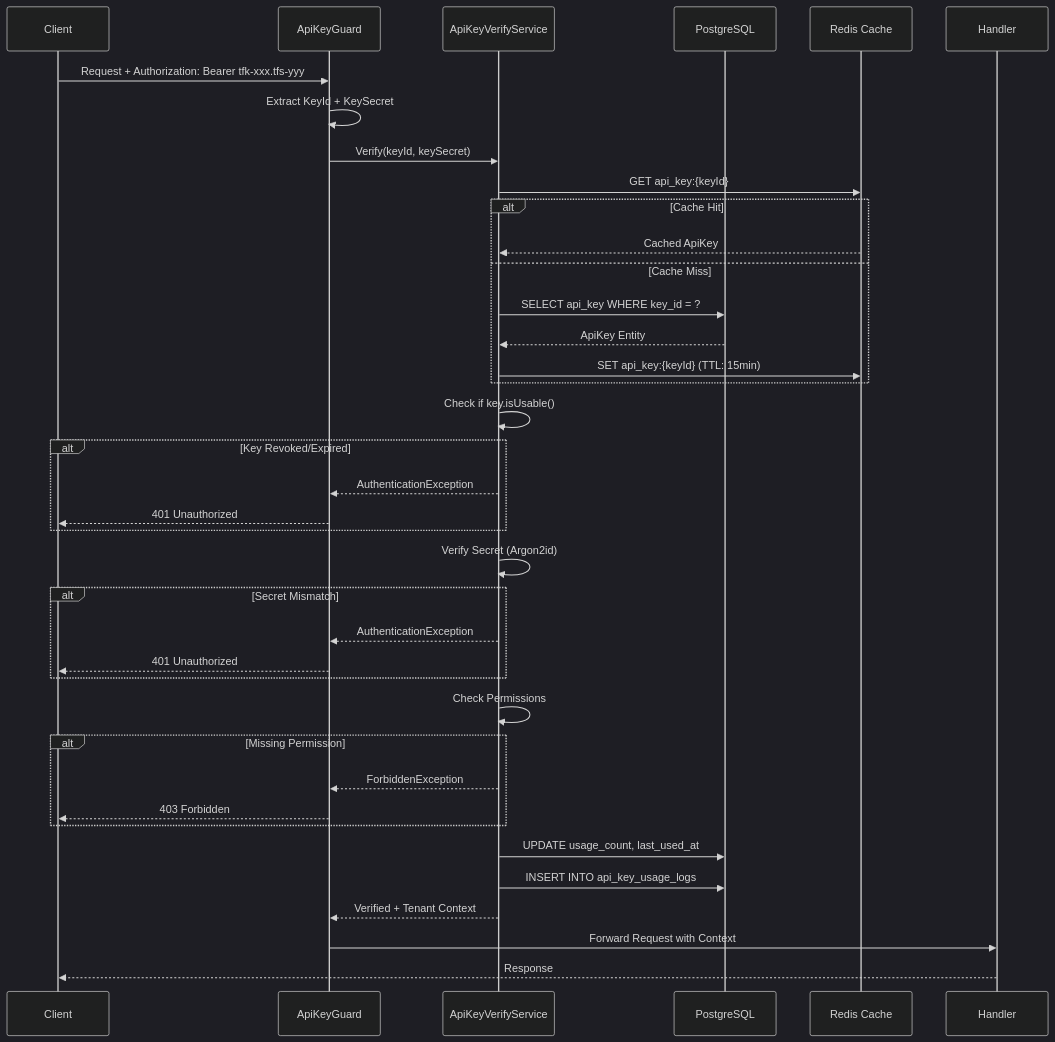
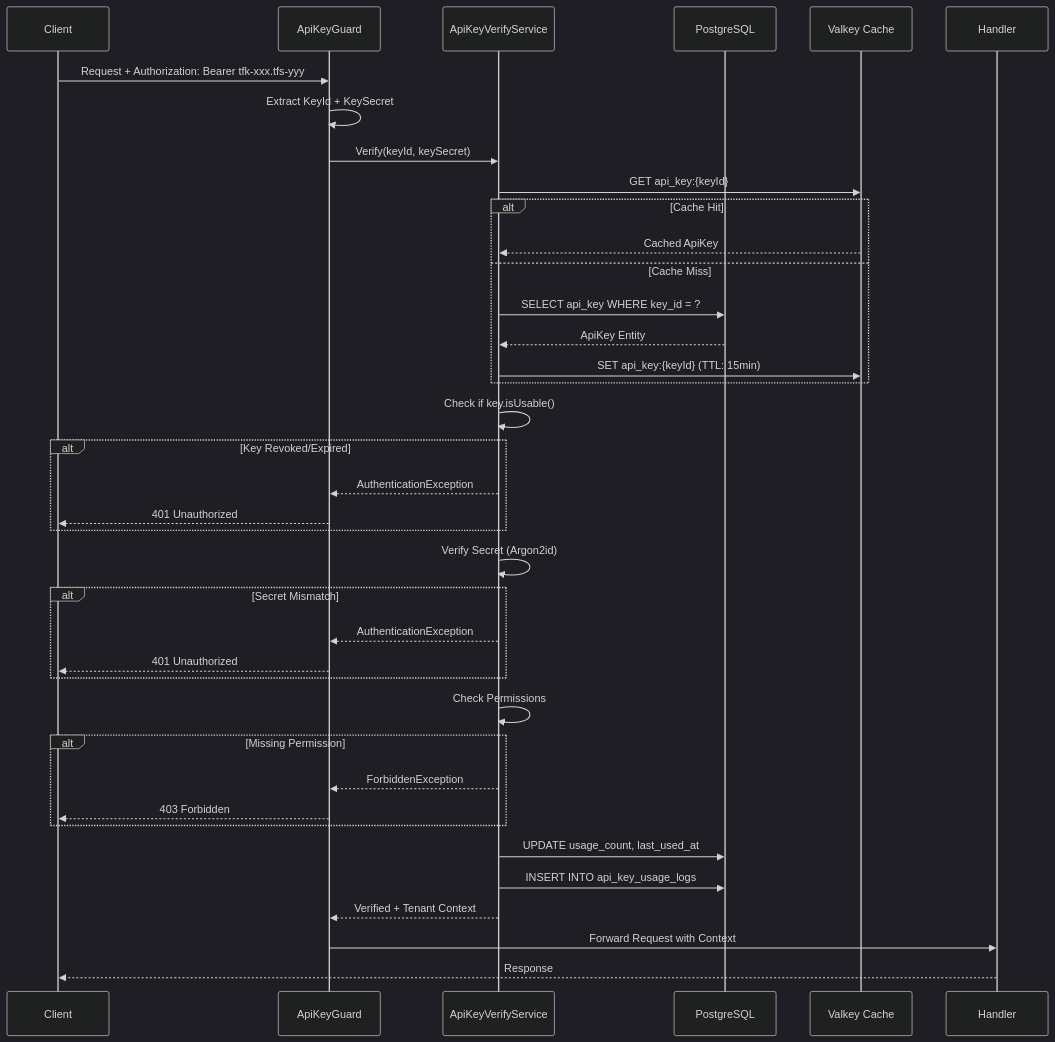
The second of 3 diagrams in backend/modules/300-api-keys.md (telemetryflow/telemetryflow-overview), drawn with Mermaid (dark theme) before and after one commit. The commit also changed other lines of this file and 23 other files, not shown here.

First line of the commit message:
docs: relabel Redis->Valkey in architecture/diagrams/prose (follow-up sweep)

````diff
--- a/backend/modules/300-api-keys.md
+++ b/backend/modules/300-api-keys.md
@@ -620,52 +620,52 @@
 ```mermaid
 sequenceDiagram
     participant C as Client
     participant G as ApiKeyGuard
     participant V as ApiKeyVerifyService
     participant DB as PostgreSQL
-    participant CACHE as Redis Cache
+    participant CACHE as Valkey Cache
     participant H as Handler
 
     C->>G: Request + Authorization: Bearer tfk-xxx.tfs-yyy
     G->>G: Extract KeyId + KeySecret
 
     G->>V: Verify(keyId, keySecret)
 
     V->>CACHE: GET api_key:{keyId}
 
     alt Cache Hit
         CACHE-->>V: Cached ApiKey
     else Cache Miss
         V->>DB: SELECT api_key WHERE key_id = ?
         DB-->>V: ApiKey Entity
         V->>CACHE: SET api_key:{keyId} (TTL: 15min)
     end
 
     V->>V: Check if key.isUsable()
 
     alt Key Revoked/Expired
         V-->>G: AuthenticationException
         G-->>C: 401 Unauthorized
     end
 
     V->>V: Verify Secret (Argon2id)
 
     alt Secret Mismatch
         V-->>G: AuthenticationException
         G-->>C: 401 Unauthorized
     end
 
     V->>V: Check Permissions
 
     alt Missing Permission
         V-->>G: ForbiddenException
         G-->>C: 403 Forbidden
     end
 
     V->>DB: UPDATE usage_count, last_used_at
     V->>DB: INSERT INTO api_key_usage_logs
 
     V-->>G: Verified + Tenant Context
     G->>H: Forward Request with Context
     H-->>C: Response
 ```
````
